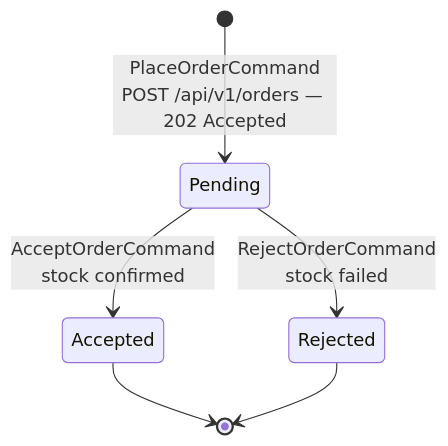
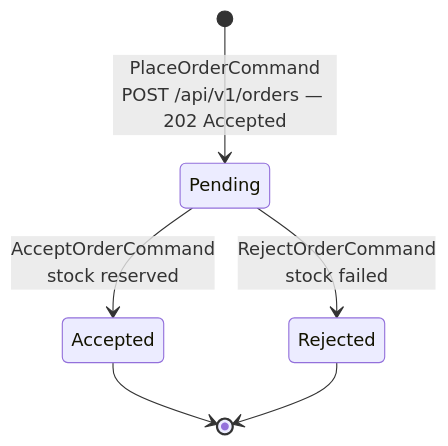
Before and after one commit to mnnam1302/EShop: the fifth of 10 diagrams in Order/src/EShop.Order.API/README.md, drawn with Mermaid. The commit also changed other lines of this file and 14 other files, not shown here.

````diff
--- a/Order/src/EShop.Order.API/README.md
+++ b/Order/src/EShop.Order.API/README.md
@@ -121,11 +159,10 @@
 ```mermaid
 stateDiagram-v2
     [*] --> Pending : PlaceOrderCommand<br/>POST /api/v1/orders — 202 Accepted
 
-    Pending --> Accepted : AcceptOrderCommand<br/>stock confirmed
-
+    Pending --> Accepted : AcceptOrderCommand<br/>stock reserved
     Pending --> Rejected : RejectOrderCommand<br/>stock failed
 
     Accepted --> [*]
     Rejected --> [*]
 ```
````
